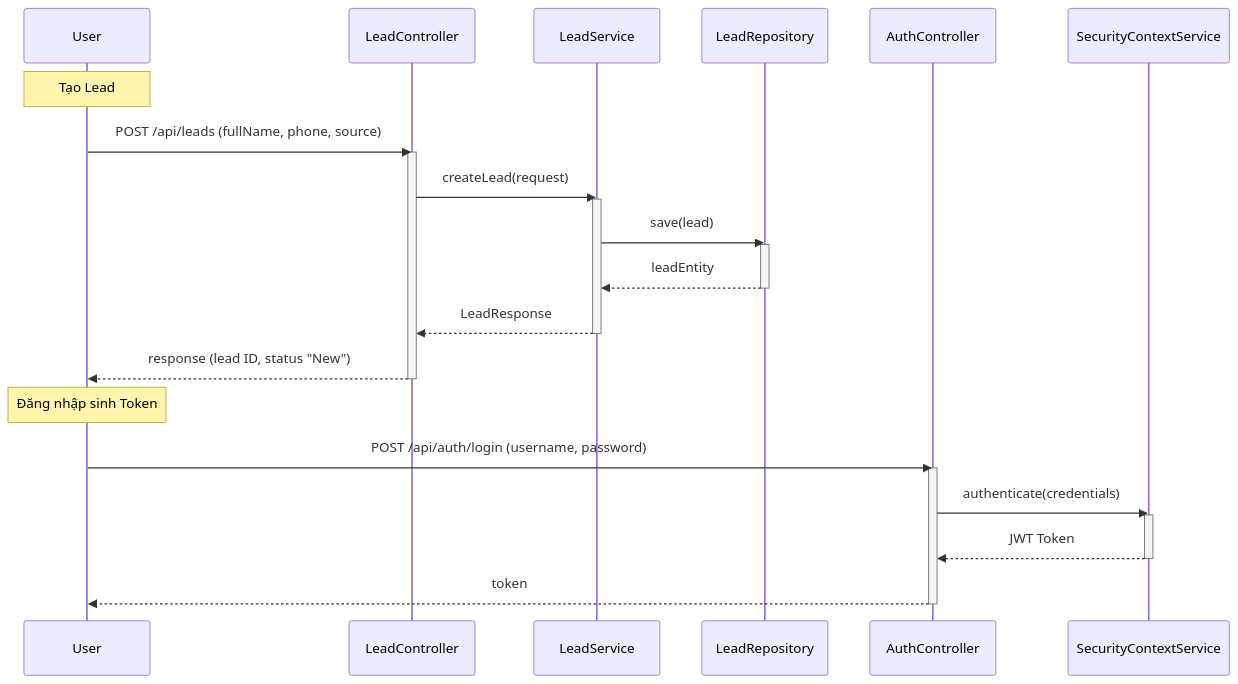
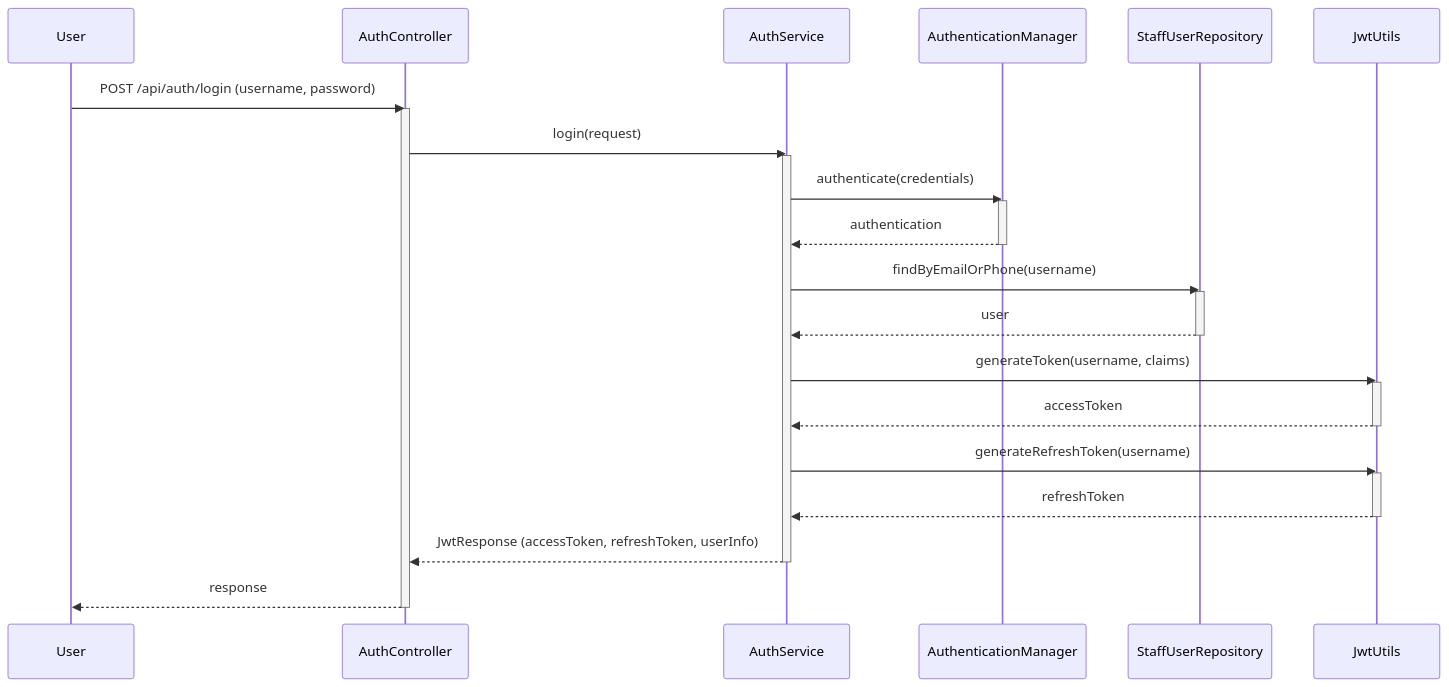
One commit to tdthanh-dev/ims-crm-spa-backend changed the second of 7 diagrams in sequence_diagrams.md. Above: the diagram before and after it, drawn with Mermaid. The commit also changed other lines of this file, not shown here.

````diff
--- a/sequence_diagrams.md
+++ b/sequence_diagrams.md
@@ -242,33 +38,34 @@
 ```mermaid
 sequenceDiagram
     participant User as User
-    participant LeadController
-    participant LeadService
-    participant LeadRepository
     participant AuthController
-    participant SecurityContextService
+    participant AuthService
+    participant AuthenticationManager
+    participant StaffUserRepository
+    participant JwtUtils
 
-    note over User: Tạo Lead
-    User->>LeadController: POST /api/leads (fullName, phone, source)
-    activate LeadController
-    LeadController->>LeadService: createLead(request)
-    activate LeadService
-    LeadService->>LeadRepository: save(lead)
-    activate LeadRepository
-    LeadRepository-->>LeadService: leadEntity
-    deactivate LeadRepository
-    LeadService-->>LeadController: LeadResponse
-    deactivate LeadService
-    LeadController-->>User: response (lead ID, status "New")
-    deactivate LeadController
-
-    note over User: Đăng nhập sinh Token
     User->>AuthController: POST /api/auth/login (username, password)
     activate AuthController
-    AuthController->>SecurityContextService: authenticate(credentials)
-    activate SecurityContextService
-    SecurityContextService-->>AuthController: JWT Token
-    deactivate SecurityContextService
-    AuthController-->>User: token
+    AuthController->>AuthService: login(request)
+    activate AuthService
+    AuthService->>AuthenticationManager: authenticate(credentials)
+    activate AuthenticationManager
+    AuthenticationManager-->>AuthService: authentication
+    deactivate AuthenticationManager
+    AuthService->>StaffUserRepository: findByEmailOrPhone(username)
+    activate StaffUserRepository
+    StaffUserRepository-->>AuthService: user
+    deactivate StaffUserRepository
+    AuthService->>JwtUtils: generateToken(username, claims)
+    activate JwtUtils
+    JwtUtils-->>AuthService: accessToken
+    deactivate JwtUtils
+    AuthService->>JwtUtils: generateRefreshToken(username)
+    activate JwtUtils
+    JwtUtils-->>AuthService: refreshToken
+    deactivate JwtUtils
+    AuthService-->>AuthController: JwtResponse (accessToken, refreshToken, userInfo)
+    deactivate AuthService
+    AuthController-->>User: response
     deactivate AuthController
 ```
````
